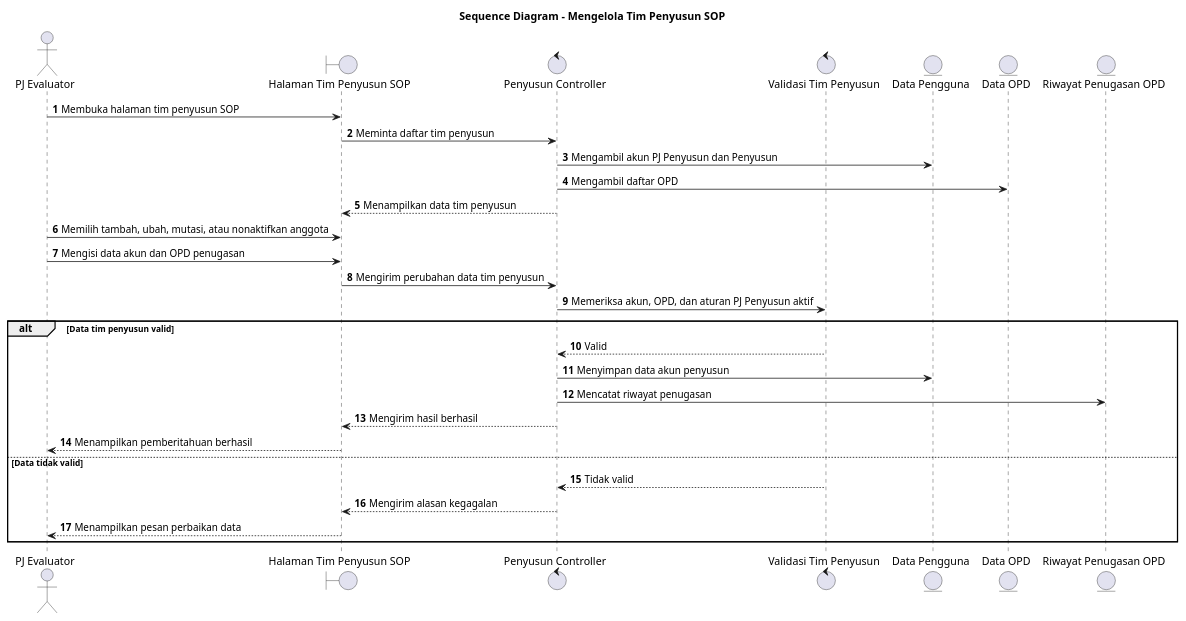
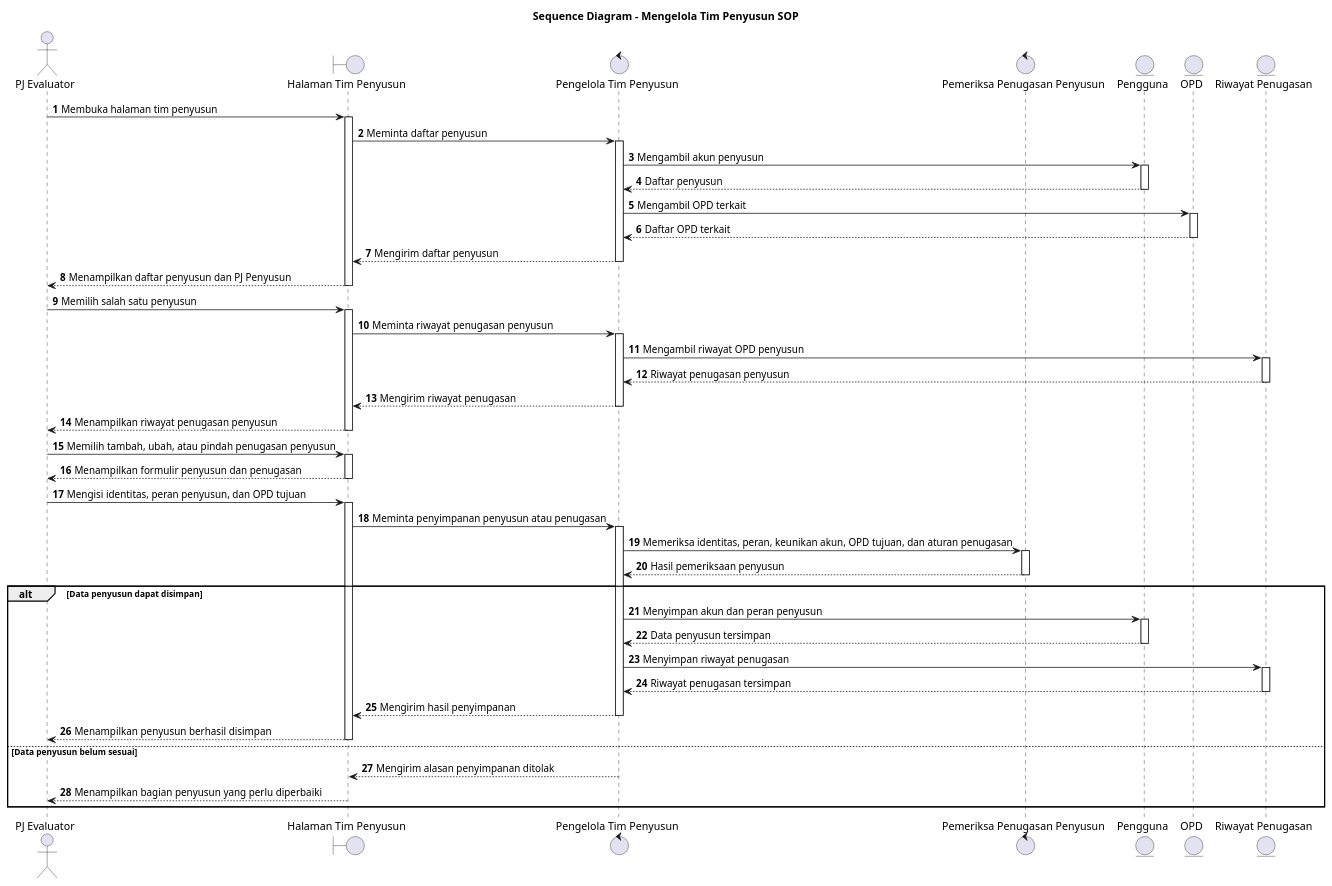
One commit to howlil/sop-generate-app changed the diagram in docs/sequence/lampiran/pj-evaluator-mengelola-tim-penyusun-sop.md. Above: the diagram before and after it, drawn with PlantUML. The commit also changed other lines of this file and 90 other files, not shown here.

````diff
--- a/docs/sequence/lampiran/pj-evaluator-mengelola-tim-penyusun-sop.md
+++ b/docs/sequence/lampiran/pj-evaluator-mengelola-tim-penyusun-sop.md
@@ -16,38 +16,50 @@
 ```plantuml
 @startuml
 title Sequence Diagram - Mengelola Tim Penyusun SOP
 autonumber
+autoactivate on
 
-actor "PJ Evaluator" as Aktor
-boundary "Halaman Tim Penyusun SOP" as UI
-control "Penyusun Controller" as PenyusunCtrl
-control "Validasi Tim Penyusun" as Validasi
-entity "Data Pengguna" as Pengguna
-entity "Data OPD" as OPD
-entity "Riwayat Penugasan OPD" as RiwayatOPD
+actor "PJ Evaluator" as A
+boundary "Halaman Tim Penyusun" as B
+control "Pengelola Tim Penyusun" as C
+control "Pemeriksa Penugasan Penyusun" as D
+entity "Pengguna" as Pengguna
+entity "OPD" as OPD
+entity "Riwayat Penugasan" as RiwayatPenugasan
 
-Aktor -> UI : Membuka halaman tim penyusun SOP
-UI -> PenyusunCtrl : Meminta daftar tim penyusun
-PenyusunCtrl -> Pengguna : Mengambil akun PJ Penyusun dan Penyusun
-PenyusunCtrl -> OPD : Mengambil daftar OPD
-PenyusunCtrl --> UI : Menampilkan data tim penyusun
+A -> B : Membuka halaman tim penyusun
+B -> C : Meminta daftar penyusun
+C -> Pengguna : Mengambil akun penyusun
+Pengguna --> C : Daftar penyusun
+C -> OPD : Mengambil OPD terkait
+OPD --> C : Daftar OPD terkait
+C --> B : Mengirim daftar penyusun
+B --> A : Menampilkan daftar penyusun dan PJ Penyusun
 
-Aktor -> UI : Memilih tambah, ubah, mutasi, atau nonaktifkan anggota
-Aktor -> UI : Mengisi data akun dan OPD penugasan
-UI -> PenyusunCtrl : Mengirim perubahan data tim penyusun
-PenyusunCtrl -> Validasi : Memeriksa akun, OPD, dan aturan PJ Penyusun aktif
+A -> B : Memilih salah satu penyusun
+B -> C : Meminta riwayat penugasan penyusun
+C -> RiwayatPenugasan : Mengambil riwayat OPD penyusun
+RiwayatPenugasan --> C : Riwayat penugasan penyusun
+C --> B : Mengirim riwayat penugasan
+B --> A : Menampilkan riwayat penugasan penyusun
 
-alt Data tim penyusun valid
-  Validasi --> PenyusunCtrl : Valid
-  PenyusunCtrl -> Pengguna : Menyimpan data akun penyusun
-  PenyusunCtrl -> RiwayatOPD : Mencatat riwayat penugasan
-  PenyusunCtrl --> UI : Mengirim hasil berhasil
-  UI --> Aktor : Menampilkan pemberitahuan berhasil
-else Data tidak valid
-  Validasi --> PenyusunCtrl : Tidak valid
-  PenyusunCtrl --> UI : Mengirim alasan kegagalan
-  UI --> Aktor : Menampilkan pesan perbaikan data
+A -> B : Memilih tambah, ubah, atau pindah penugasan penyusun
+B --> A : Menampilkan formulir penyusun dan penugasan
+A -> B : Mengisi identitas, peran penyusun, dan OPD tujuan
+B -> C : Meminta penyimpanan penyusun atau penugasan
+C -> D : Memeriksa identitas, peran, keunikan akun, OPD tujuan, dan aturan penugasan
+D --> C : Hasil pemeriksaan penyusun
+alt Data penyusun dapat disimpan
+  C -> Pengguna : Menyimpan akun dan peran penyusun
+  Pengguna --> C : Data penyusun tersimpan
+  C -> RiwayatPenugasan : Menyimpan riwayat penugasan
+  RiwayatPenugasan --> C : Riwayat penugasan tersimpan
+  C --> B : Mengirim hasil penyimpanan
+  B --> A : Menampilkan penyusun berhasil disimpan
+else Data penyusun belum sesuai
+  C --> B : Mengirim alasan penyimpanan ditolak
+  B --> A : Menampilkan bagian penyusun yang perlu diperbaiki
 end
 
 @enduml
 ```
````
